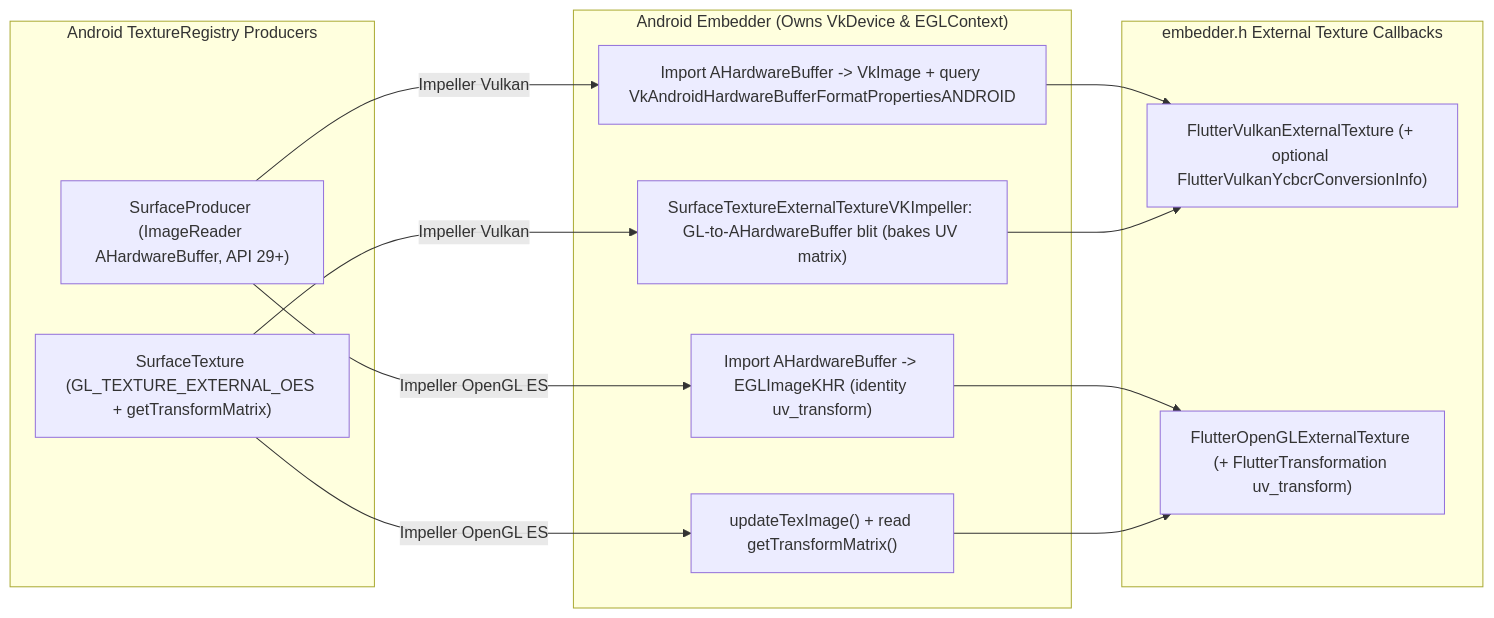
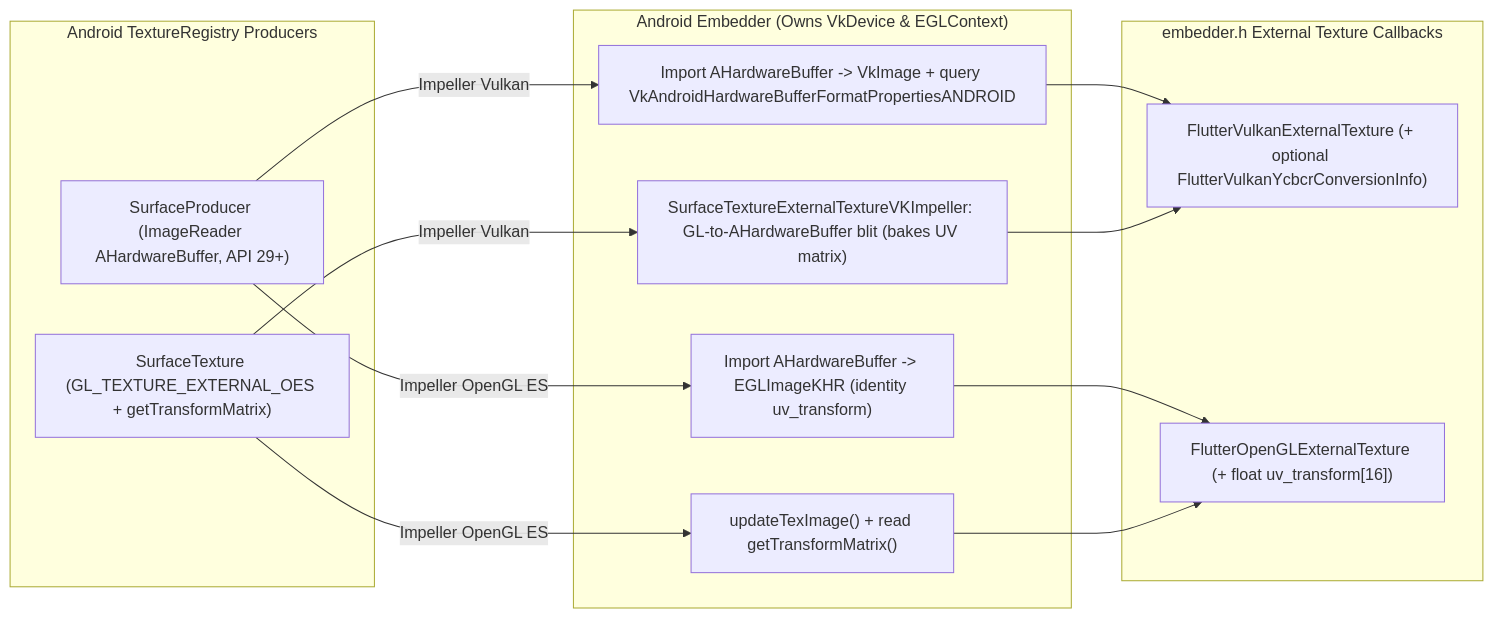
The seventh of 14 diagrams in rfc/410.0000-flutter-android-embedder-c-api-migration.md (flutter/rfc), drawn with Mermaid before and after one commit. The commit also changed other lines of this file, not shown here.

````diff
--- a/rfc/410.0000-flutter-android-embedder-c-api-migration.md
+++ b/rfc/410.0000-flutter-android-embedder-c-api-migration.md
@@ -546,24 +546,24 @@
 ```mermaid
 flowchart LR
     subgraph Producers["Android TextureRegistry Producers"]
         SP["SurfaceProducer (ImageReader AHardwareBuffer, API 29+)"]
         ST["SurfaceTexture (GL_TEXTURE_EXTERNAL_OES + getTransformMatrix)"]
     end
 
     subgraph Embedder["Android Embedder (Owns VkDevice & EGLContext)"]
         VK_AHB["Import AHardwareBuffer -> VkImage + query VkAndroidHardwareBufferFormatPropertiesANDROID"]
         VK_BLIT["SurfaceTextureExternalTextureVKImpeller: GL-to-AHardwareBuffer blit (bakes UV matrix)"]
         GL_AHB["Import AHardwareBuffer -> EGLImageKHR (identity uv_transform)"]
         GL_ST["updateTexImage() + read getTransformMatrix()"]
     end
 
     subgraph CAPI["embedder.h External Texture Callbacks"]
         VK_OUT["FlutterVulkanExternalTexture (+ optional FlutterVulkanYcbcrConversionInfo)"]
-        GL_OUT["FlutterOpenGLExternalTexture (+ FlutterTransformation uv_transform)"]
+        GL_OUT["FlutterOpenGLExternalTexture (+ float uv_transform[16])"]
     end
 
     SP -- "Impeller Vulkan" --> VK_AHB --> VK_OUT
     ST -- "Impeller Vulkan" --> VK_BLIT --> VK_OUT
     SP -- "Impeller OpenGL ES" --> GL_AHB --> GL_OUT
     ST -- "Impeller OpenGL ES" --> GL_ST --> GL_OUT
 ```
````
